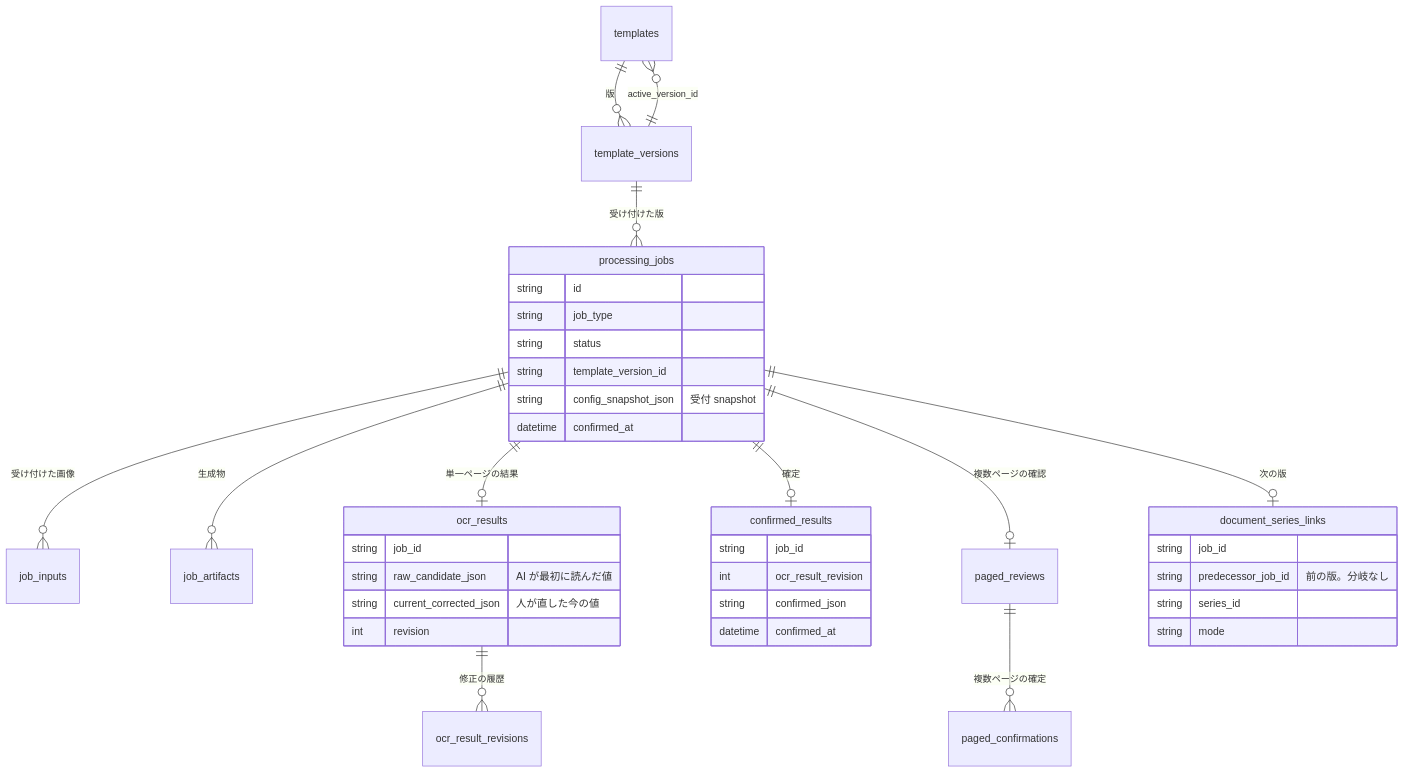
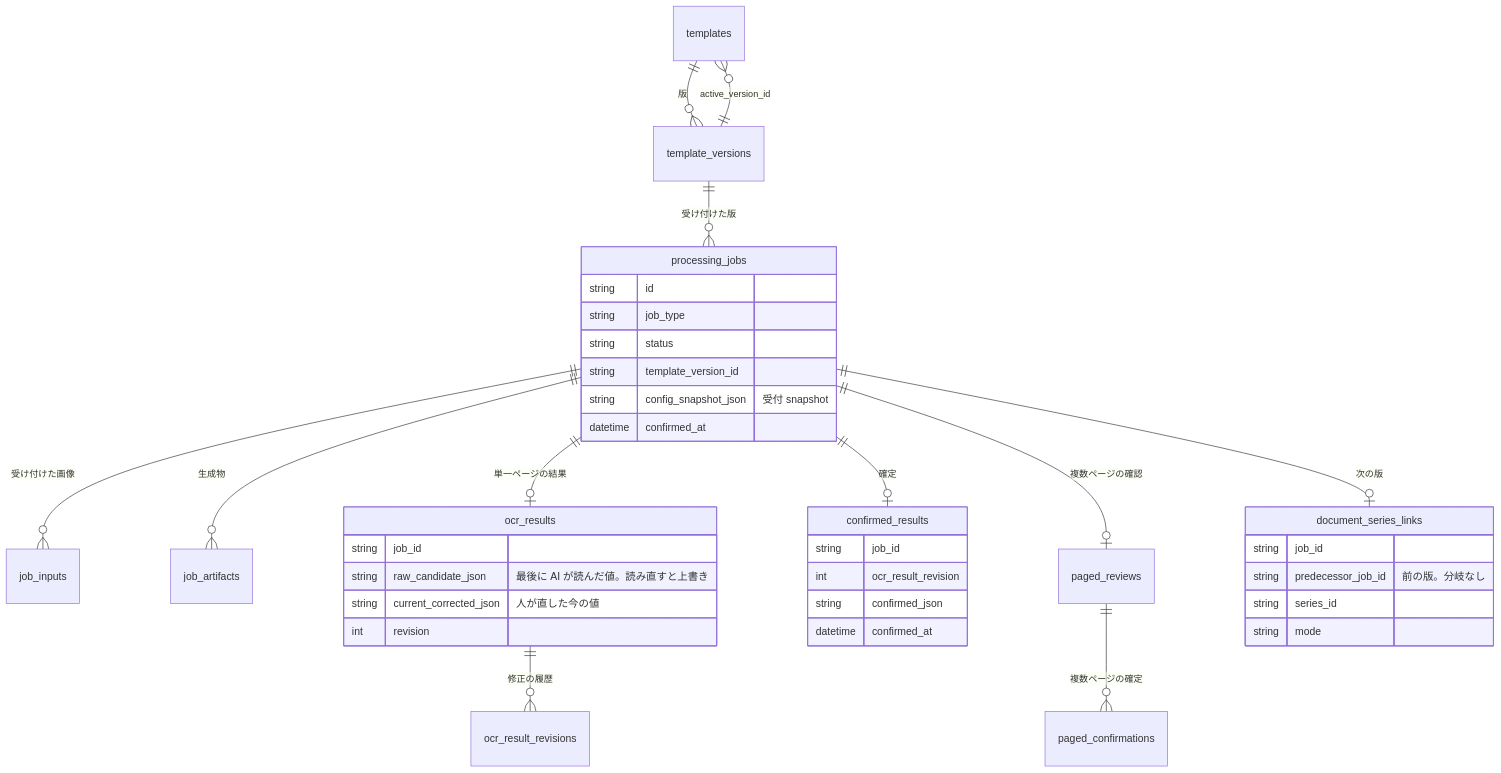
One commit to abeouga/agorack-handbook changed the first of 5 diagrams in fuminosuke/08-データと置き場所.md. Above: the diagram before and after it, drawn with Mermaid. The commit also changed other lines of this file and 12 other files, not shown here.

````diff
--- a/fuminosuke/08-データと置き場所.md
+++ b/fuminosuke/08-データと置き場所.md
@@ -41,40 +41,40 @@
 ```mermaid
 erDiagram
   templates ||--o{ template_versions : "版"
   templates }o--|| template_versions : "active_version_id"
   template_versions ||--o{ processing_jobs : "受け付けた版"
   processing_jobs ||--o{ job_inputs : "受け付けた画像"
   processing_jobs ||--o{ job_artifacts : "生成物"
   processing_jobs ||--o| ocr_results : "単一ページの結果"
   ocr_results ||--o{ ocr_result_revisions : "修正の履歴"
   processing_jobs ||--o| confirmed_results : "確定"
   processing_jobs ||--o| paged_reviews : "複数ページの確認"
   paged_reviews ||--o{ paged_confirmations : "複数ページの確定"
   processing_jobs ||--o| document_series_links : "次の版"
   processing_jobs {
     string id
     string job_type
     string status
     string template_version_id
     string config_snapshot_json "受付 snapshot"
     datetime confirmed_at
   }
   ocr_results {
     string job_id
-    string raw_candidate_json "AI が最初に読んだ値"
+    string raw_candidate_json "最後に AI が読んだ値。読み直すと上書き"
     string current_corrected_json "人が直した今の値"
     int revision
   }
   confirmed_results {
     string job_id
     int ocr_result_revision
     string confirmed_json
     datetime confirmed_at
   }
   document_series_links {
     string job_id
     string predecessor_job_id "前の版。分岐なし"
     string series_id
     string mode
   }
 ```
````
